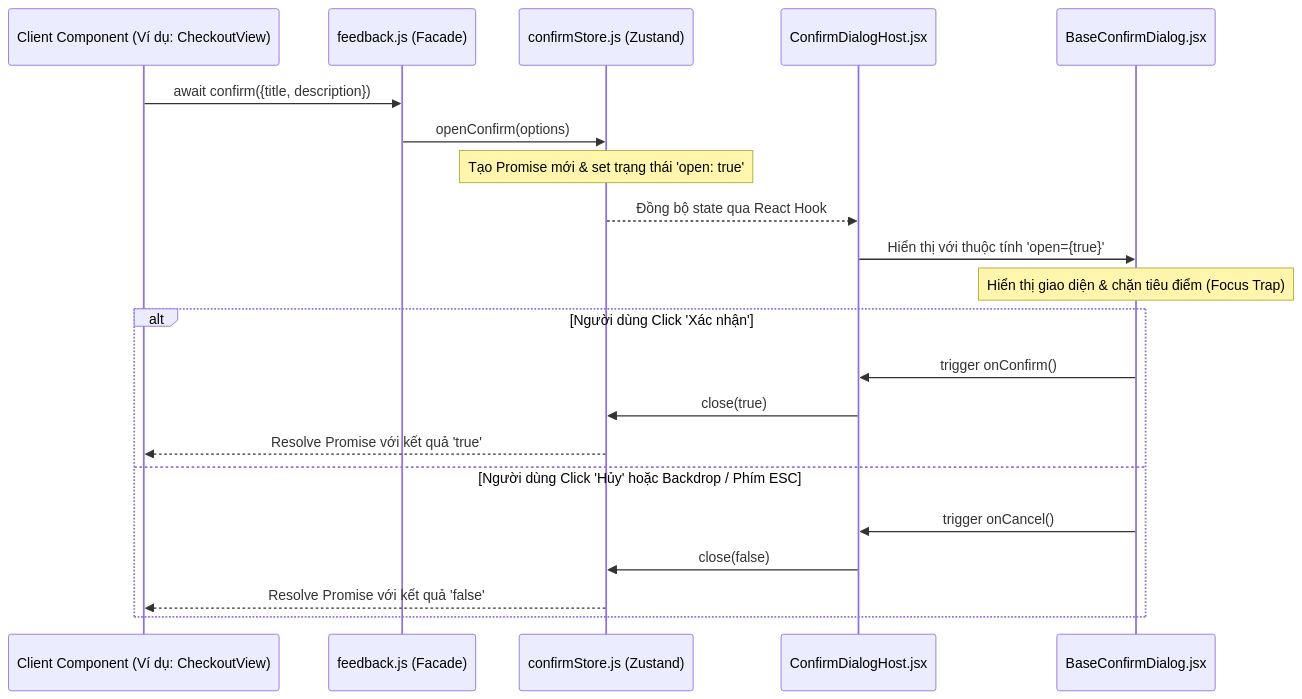
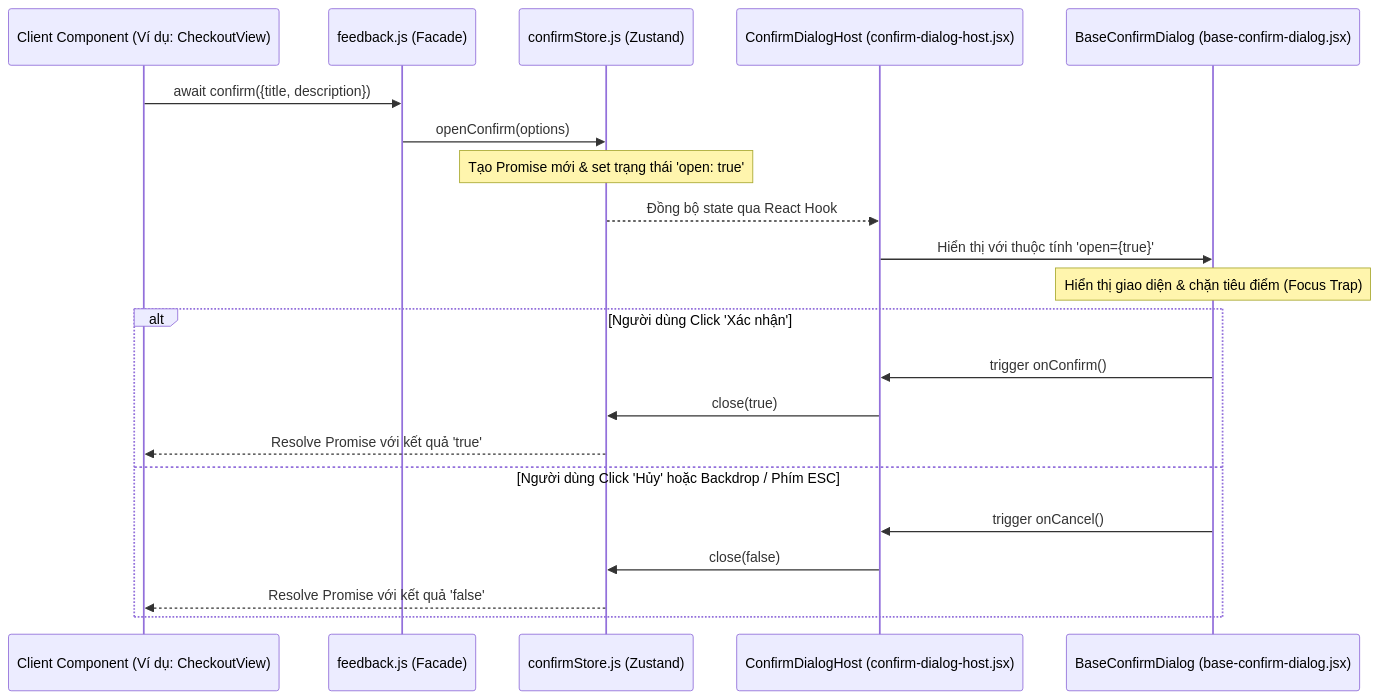
Before and after one commit to Deocomate/vu-gia-client: the second of 2 diagrams in docs/system-architecture.md, drawn with Mermaid. The commit also changed other lines of this file and 3 other files, not shown here.

````diff
--- a/docs/system-architecture.md
+++ b/docs/system-architecture.md
@@ -61,25 +102,25 @@
 ```mermaid
 sequenceDiagram
     participant Component as Client Component (Ví dụ: CheckoutView)
     participant Feedback as feedback.js (Facade)
     participant Store as confirmStore.js (Zustand)
-    participant Host as ConfirmDialogHost.jsx
-    participant Modal as BaseConfirmDialog.jsx
+    participant Host as ConfirmDialogHost (confirm-dialog-host.jsx)
+    participant Modal as BaseConfirmDialog (base-confirm-dialog.jsx)
 
     Component->>Feedback: await confirm({title, description})
     Feedback->>Store: openConfirm(options)
     Note over Store: Tạo Promise mới & set trạng thái 'open: true'
     Store-->>Host: Đồng bộ state qua React Hook
     Host->>Modal: Hiển thị với thuộc tính 'open={true}'
     Note over Modal: Hiển thị giao diện & chặn tiêu điểm (Focus Trap)
     
     alt Người dùng Click 'Xác nhận'
         Modal->>Host: trigger onConfirm()
         Host->>Store: close(true)
         Store-->>Component: Resolve Promise với kết quả 'true'
     else Người dùng Click 'Hủy' hoặc Backdrop / Phím ESC
         Modal->>Host: trigger onCancel()
         Host->>Store: close(false)
         Store-->>Component: Resolve Promise với kết quả 'false'
     end
 ```
````
